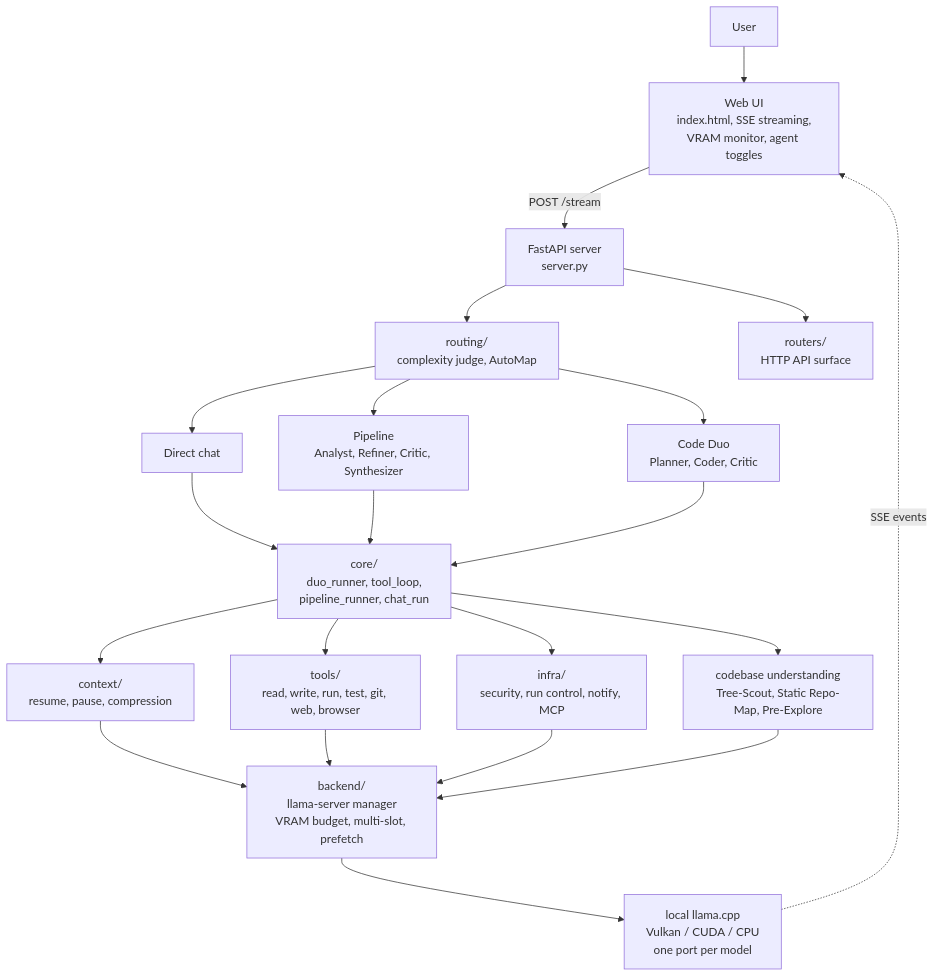
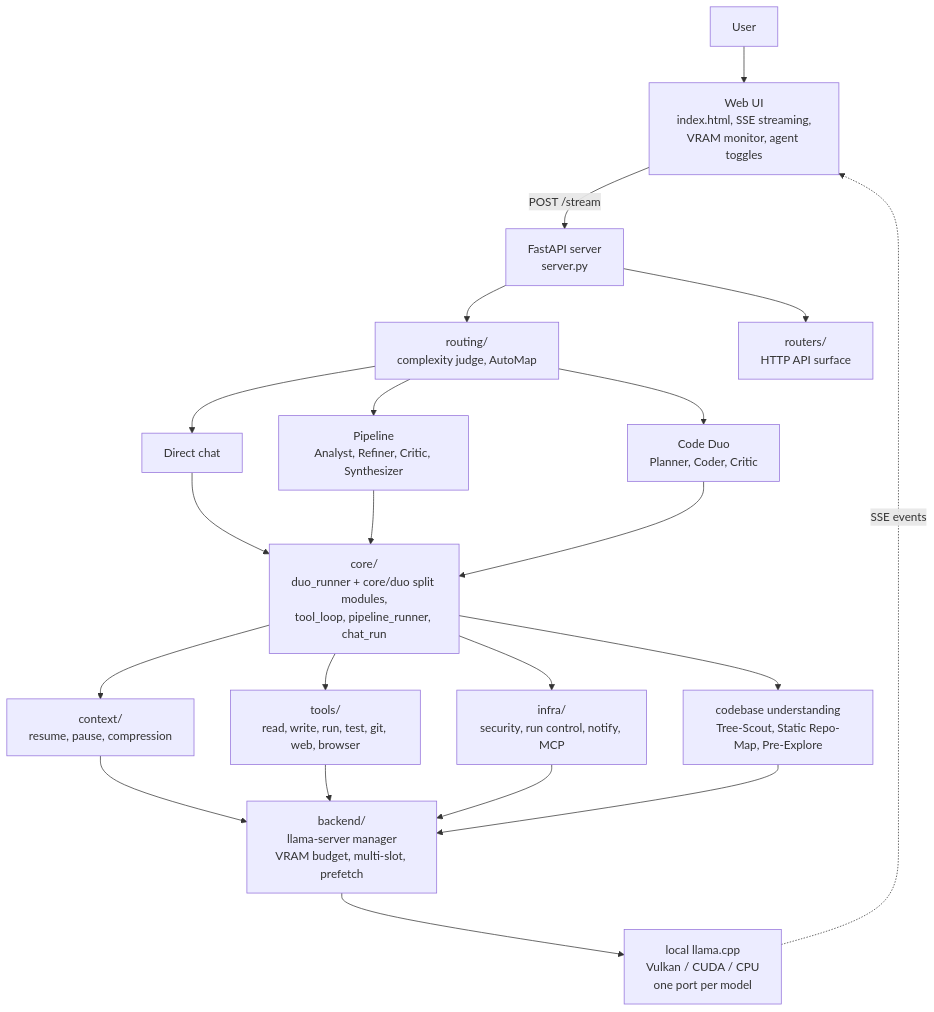
Before and after one commit to BoredLuzo/HiveMind_llama: the first of 2 diagrams in docs/architecture.md, drawn with Mermaid. The commit also changed other lines of this file and 65 other files, not shown here.

````diff
--- a/docs/architecture.md
+++ b/docs/architecture.md
@@ -13,28 +13,28 @@
 ```mermaid
 flowchart TD
     U["User"] --> W["Web UI<br>index.html, SSE streaming,<br>VRAM monitor, agent toggles"]
     W -->|"POST /stream"| S["FastAPI server<br>server.py"]
 
     S --> RT["routing/<br>complexity judge, AutoMap"]
     S --> RO["routers/<br>HTTP API surface"]
 
     RT --> D1["Direct chat"]
     RT --> D2["Pipeline<br>Analyst, Refiner, Critic, Synthesizer"]
     RT --> D3["Code Duo<br>Planner, Coder, Critic"]
 
-    D1 --> CORE["core/<br>duo_runner, tool_loop,<br>pipeline_runner, chat_run"]
+    D1 --> CORE["core/<br>duo_runner + core/duo split modules,<br>tool_loop, pipeline_runner, chat_run"]
     D2 --> CORE
     D3 --> CORE
 
     CORE --> CTX["context/<br>resume, pause, compression"]
     CORE --> TLS["tools/<br>read, write, run, test, git, web, browser"]
     CORE --> INF["infra/<br>security, run control, notify, MCP"]
     CORE --> PRE["codebase understanding<br>Tree-Scout, Static Repo-Map, Pre-Explore"]
 
     CTX --> BE["backend/<br>llama-server manager<br>VRAM budget, multi-slot, prefetch"]
     TLS --> BE
     INF --> BE
     PRE --> BE
     BE --> LM["local llama.cpp<br>Vulkan / CUDA / CPU<br>one port per model"]
     LM -.->|"SSE events"| W
 ```
````
